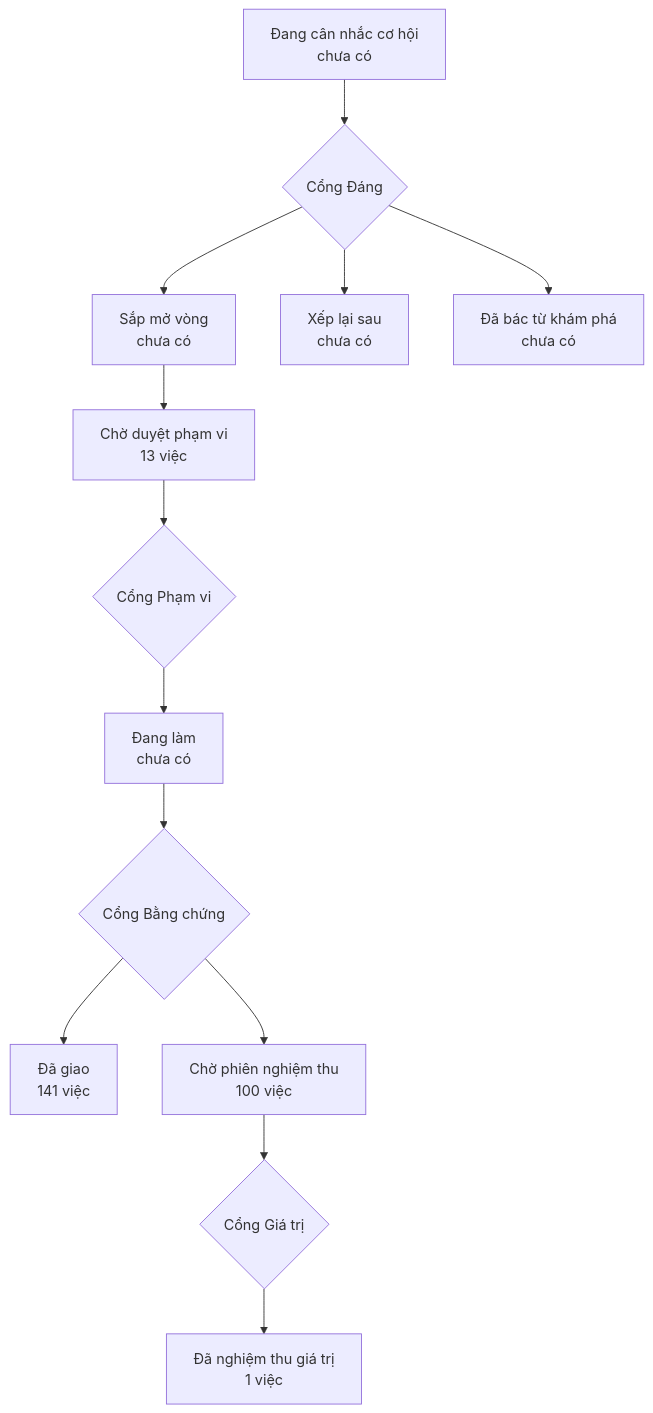
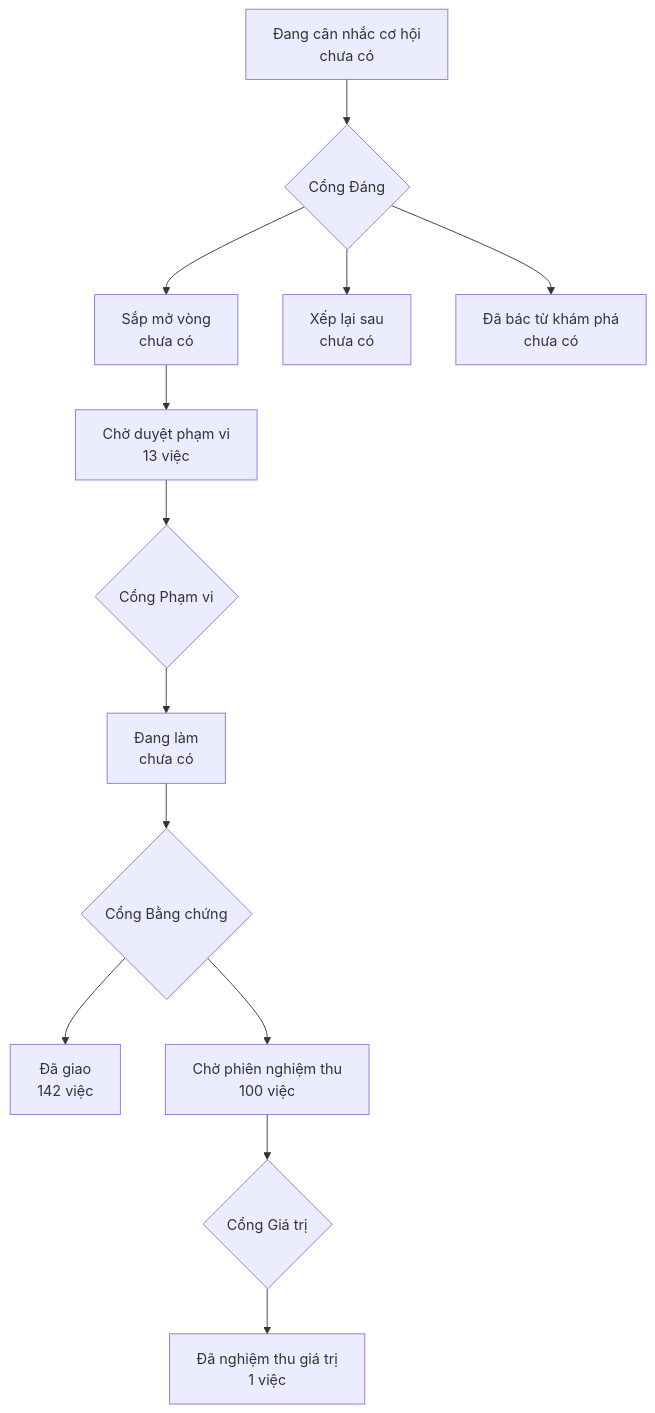
The diagram in PRODUCT-MAP.md (phanlemanh/onehub-invest), drawn with Mermaid before and after one commit. The commit also changed other lines of this file and 1 other file, not shown here.

Commit message:
chore(acceptance): vẽ lại bản đồ sau khi gộp main

````diff
--- a/PRODUCT-MAP.md
+++ b/PRODUCT-MAP.md
@@ -7,12 +7,12 @@
 ```mermaid
 flowchart TD
   A["Đang cân nhắc cơ hội<br/>chưa có"] --> GD{"Cổng Đáng"}
   GD --> B["Sắp mở vòng<br/>chưa có"]
   GD --> XL["Xếp lại sau<br/>chưa có"]
   GD --> DB["Đã bác từ khám phá<br/>chưa có"]
   B --> CD["Chờ duyệt phạm vi<br/>13 việc"] --> GP{"Cổng Phạm vi"}
   GP --> DL["Đang làm<br/>chưa có"] --> GB{"Cổng Bằng chứng"}
-  GB --> DG["Đã giao<br/>141 việc"]
+  GB --> DG["Đã giao<br/>142 việc"]
   GB --> CN["Chờ phiên nghiệm thu<br/>100 việc"] --> GG{"Cổng Giá trị"}
   GG --> NT["Đã nghiệm thu giá trị<br/>1 việc"]
 ```
````
